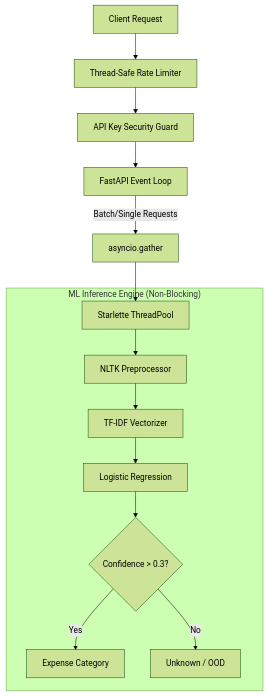
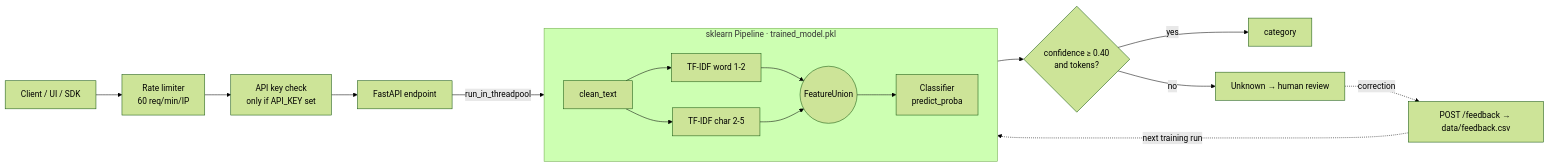
The diagram in README.md (mohammed-shaz9/NextBill-Assignment), drawn with Mermaid (forest theme) before and after one commit. The commit also changed other lines of this file and 25 other files, not shown here.

Commit message:
v2: fix data leakage, compare 3 models, realistic eval, real metrics and feedback, optional auth, drop NLTK, handover docs

````diff
--- a/README.md
+++ b/README.md
@@ -30,17 +67,22 @@
 ```mermaid
-graph TD
-    Client[Client Request] --> RL[Thread-Safe Rate Limiter]
-    RL --> Auth[API Key Security Guard]
-    Auth --> FastAPI[FastAPI Event Loop]
-    FastAPI -->|Batch/Single Requests| AsyncGather[asyncio.gather]
-    AsyncGather --> ThreadPool[Starlette ThreadPool]
-    
-    subgraph "ML Inference Engine (Non-Blocking)"
-        ThreadPool --> Preprocessor[NLTK Preprocessor]
-        Preprocessor --> TFIDF[TF-IDF Vectorizer]
-        TFIDF --> LR[Logistic Regression]
-        LR --> ConfThreshold{Confidence > 0.3?}
-        ConfThreshold -- Yes --> Category[Expense Category]
-        ConfThreshold -- No --> OOD[Unknown / OOD]
+flowchart LR
+    C[Client / UI / SDK] --> RL[Rate limiter<br/>60 req/min/IP]
+    RL --> A[API key check<br/>only if API_KEY set]
+    A --> E[FastAPI endpoint]
+    E -->|run_in_threadpool| P
+
+    subgraph P[sklearn Pipeline · trained_model.pkl]
+      direction LR
+      CL[clean_text] --> W[TF-IDF word 1-2]
+      CL --> CH[TF-IDF char 2-5]
+      W --> U((FeatureUnion))
+      CH --> U
+      U --> M[Classifier<br/>predict_proba]
     end
+
+    P --> T{confidence ≥ 0.40<br/>and tokens?}
+    T -- yes --> OK[category]
+    T -- no --> UNK[Unknown → human review]
+    UNK -. correction .-> FB[POST /feedback → data/feedback.csv]
+    FB -. next training run .-> P
 ```
````
